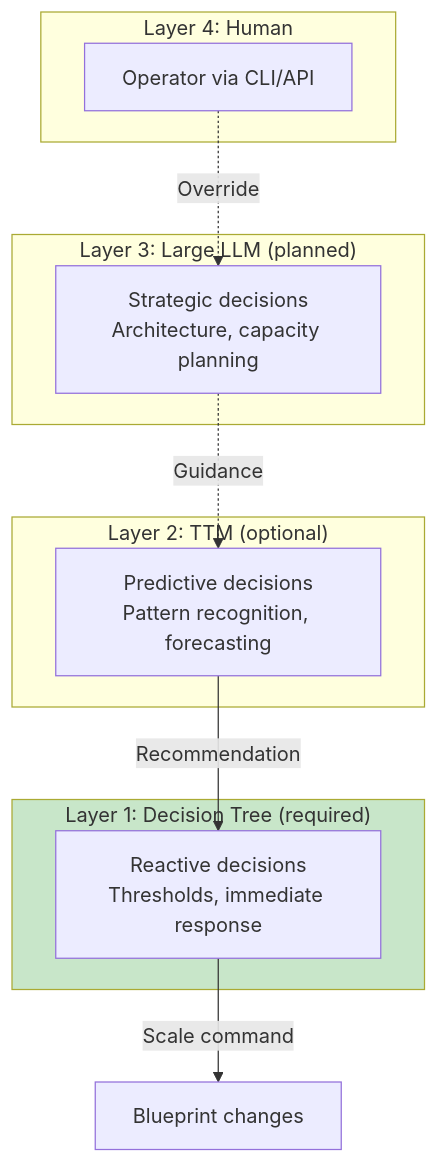
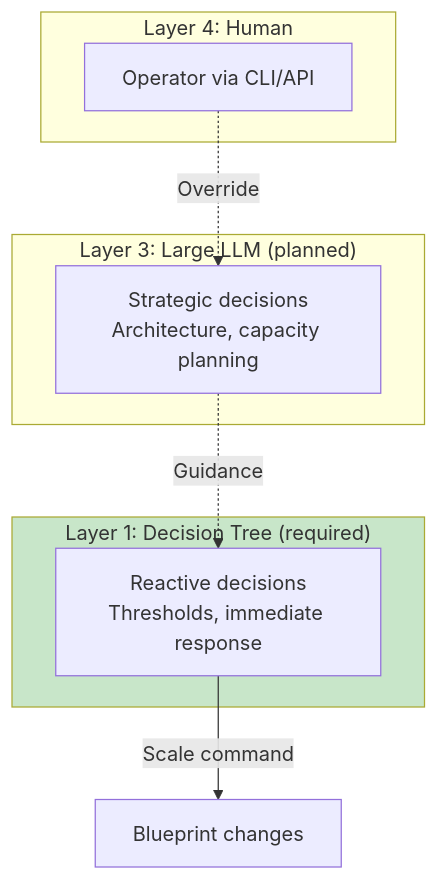
Before and after one commit to pragmaticalabs/pragmatica: the fourth of 4 diagrams in aether/docs/architecture/08-scaling.md, drawn with Mermaid. The commit also changed other lines of this file and 85 other files, not shown here.

````diff
--- a/aether/docs/architecture/08-scaling.md
+++ b/aether/docs/architecture/08-scaling.md
@@ -193,25 +118,20 @@
 ```mermaid
 graph TB
     subgraph L4["Layer 4: Human"]
         User["Operator via CLI/API"]
     end
 
     subgraph L3["Layer 3: Large LLM (planned)"]
         LLM["Strategic decisions<br/>Architecture, capacity planning"]
     end
 
-    subgraph L2["Layer 2: TTM (optional)"]
-        TTM2["Predictive decisions<br/>Pattern recognition, forecasting"]
-    end
-
     subgraph L1["Layer 1: Decision Tree (required)"]
         DT["Reactive decisions<br/>Thresholds, immediate response"]
     end
 
     User -.->|"Override"| LLM
-    LLM -.->|"Guidance"| TTM2
-    TTM2 -->|"Recommendation"| DT
+    LLM -.->|"Guidance"| DT
     DT -->|"Scale command"| Cluster["Blueprint changes"]
 
     style L1 fill:#c8e6c9
 ```
````
